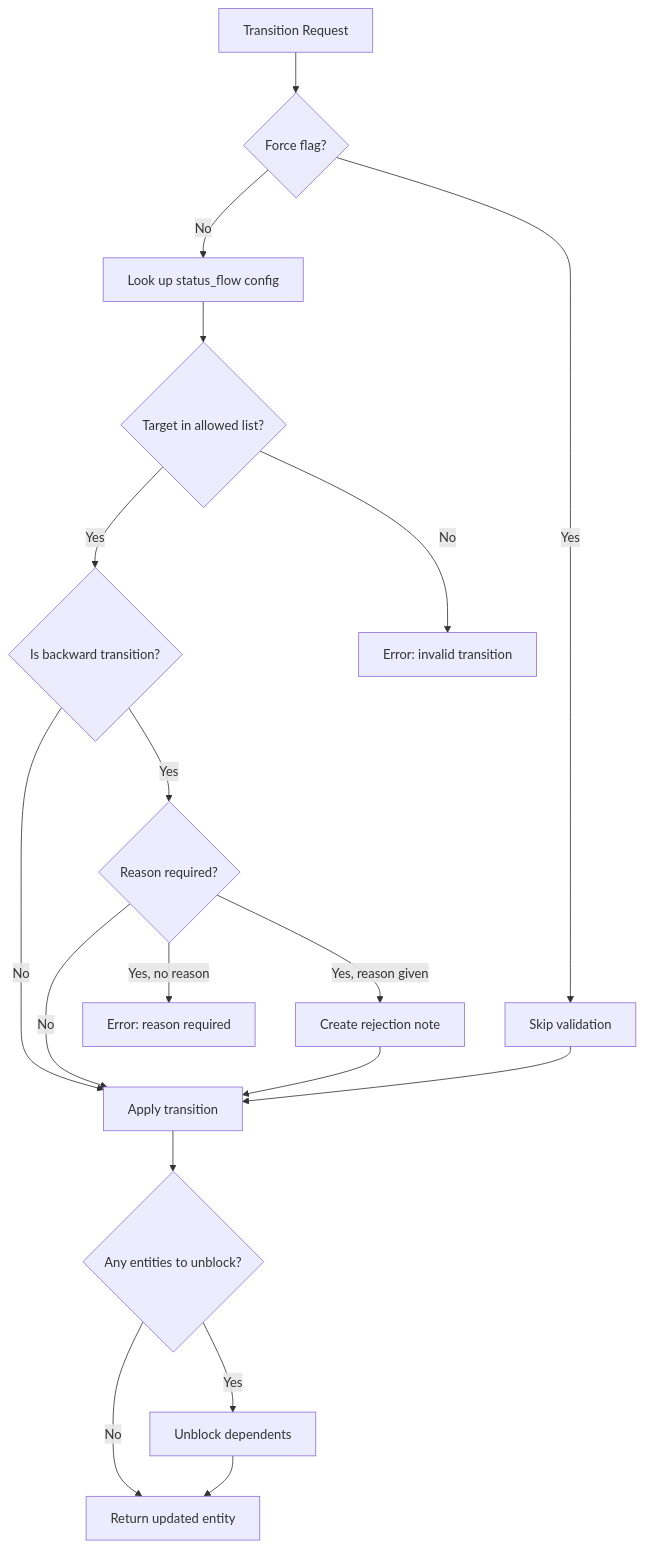
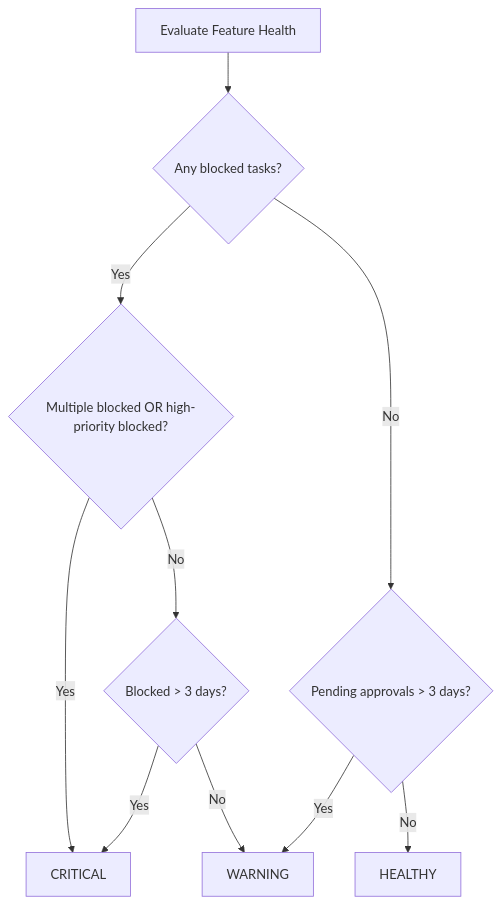
The fifth of 8 diagrams in brownfield-docs/behavior/decision-logic.md (jwwelbor/shark-task-manager), drawn with Mermaid before and after one commit. The commit also changed other lines of this file and 47 other files, not shown here.

````diff
--- a/brownfield-docs/behavior/decision-logic.md
+++ b/brownfield-docs/behavior/decision-logic.md
@@ -31,20 +81,12 @@
 ```mermaid
 flowchart TD
-    REQ[Transition Request] --> FORCE{Force flag?}
-    FORCE -->|Yes| SKIP_VALID[Skip validation]
-    FORCE -->|No| LOOKUP[Look up status_flow config]
-    LOOKUP --> VALID{Target in allowed list?}
-    VALID -->|Yes| BACKWARD{Is backward transition?}
-    VALID -->|No| REJECT[Error: invalid transition]
-    BACKWARD -->|Yes| REASON{Reason required?}
-    BACKWARD -->|No| APPLY[Apply transition]
-    REASON -->|Yes, reason given| NOTE[Create rejection note]
-    REASON -->|Yes, no reason| REJECT2[Error: reason required]
-    REASON -->|No| APPLY
-    NOTE --> APPLY
-    SKIP_VALID --> APPLY
-    APPLY --> UNBLOCK{Any entities to unblock?}
-    UNBLOCK -->|Yes| DO_UNBLOCK[Unblock dependents]
-    UNBLOCK -->|No| DONE[Return updated entity]
-    DO_UNBLOCK --> DONE
+    A[Evaluate Feature Health] --> B{Any blocked tasks?}
+    B -->|Yes| C{Multiple blocked OR high-priority blocked?}
+    C -->|Yes| D["CRITICAL"]
+    C -->|No| E{Blocked > 3 days?}
+    E -->|Yes| D
+    E -->|No| F["WARNING"]
+    B -->|No| G{Pending approvals > 3 days?}
+    G -->|Yes| F
+    G -->|No| H["HEALTHY"]
 ```
````
